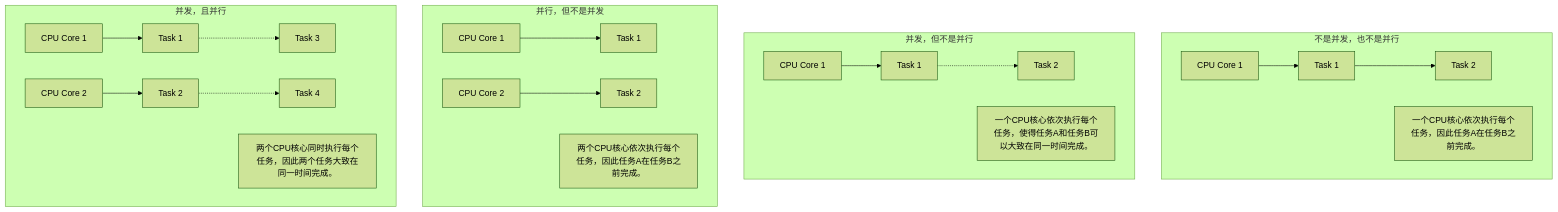
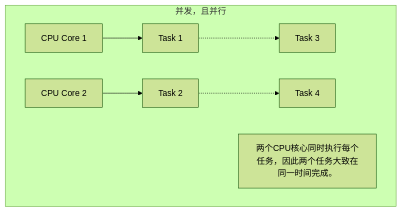
Before and after one commit to uwspstar/20-Day-Challenge-List: the sixth of 6 diagrams in System Design/并发 vs 并行.md, drawn with Mermaid (forest theme).

Commit message:
Update 并发 vs 并行.md

````diff
--- a/System Design/并发 vs 并行.md
+++ b/System Design/并发 vs 并行.md
@@ -94,44 +123,15 @@
 ```mermaid
 flowchart TD
-    subgraph notParallel[不是并发，也不是并行]
-        direction LR
-        CPU1[CPU Core 1]
-        Task1[Task 1]
-        Task2[Task 2]
-        CPU1 --> Task1 --> Task2
-        Note1[一个CPU核心依次执行每个任务，因此任务A在任务B之前完成。]
-    end
-
-    subgraph parallelNotConcurrency[并发，但不是并行]
-        direction LR
-        CPU2[CPU Core 1]
-        Task1_2[Task 1]
-        Task2_2[Task 2]
-        CPU2 --> Task1_2 -.-> Task2_2
-        Note2[一个CPU核心依次执行每个任务，使得任务A和任务B可以大致在同一时间完成。]
-    end
-
-    subgraph concurrencyNotParallel[并行，但不是并发]
-        direction LR
-        CPU3[CPU Core 1]
-        CPU4[CPU Core 2]
-        Task1_3[Task 1]
-        Task2_3[Task 2]
-        CPU3 --> Task1_3
-        CPU4 --> Task2_3
-        Note3[两个CPU核心依次执行每个任务，因此任务A在任务B之前完成。]
-    end
-
     subgraph concurrencyAndParallel[并发，且并行]
         direction LR
         CPU5[CPU Core 1]
         CPU6[CPU Core 2]
         Task1_4[Task 1]
         Task2_4[Task 2]
         Task3_4[Task 3]
         Task4_4[Task 4]
         CPU5 --> Task1_4 -.-> Task3_4
         CPU6 --> Task2_4 -.-> Task4_4
         Note4[两个CPU核心同时执行每个任务，因此两个任务大致在同一时间完成。]
     end
 ```
````
